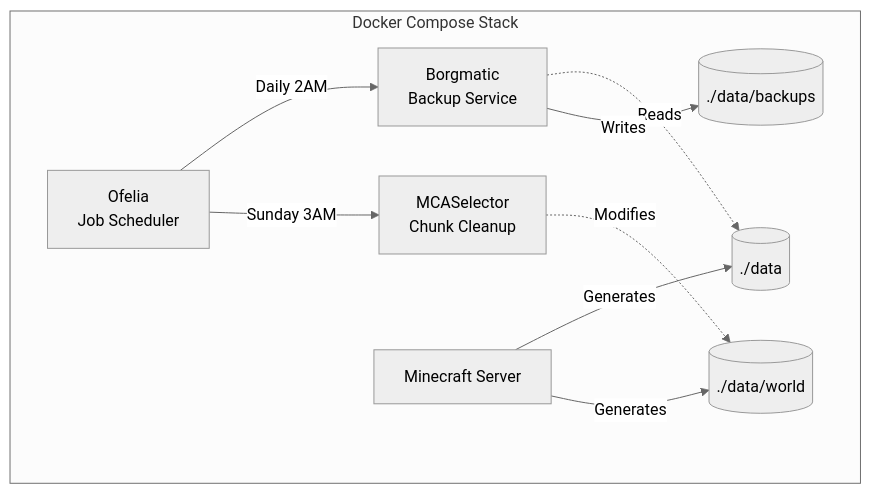
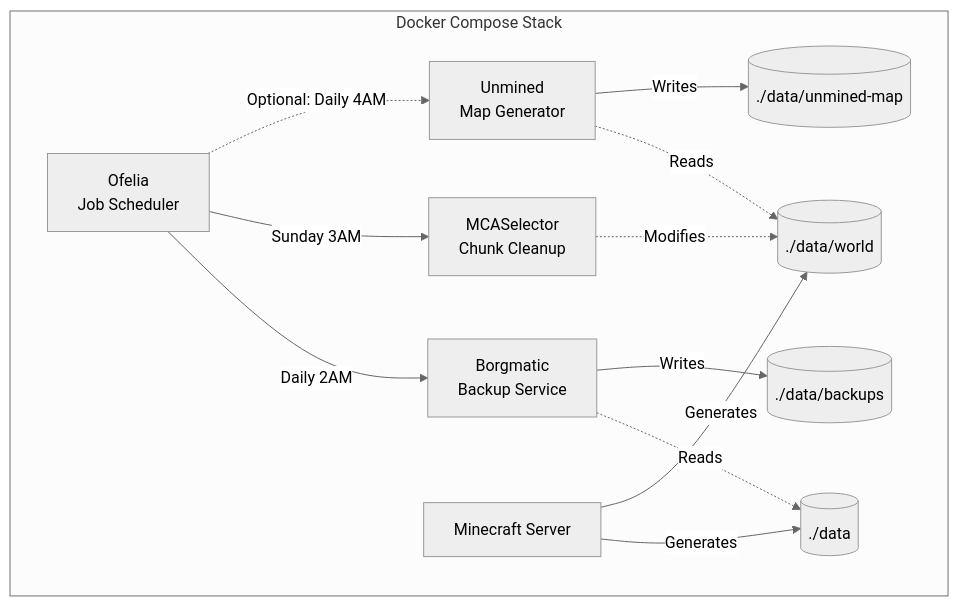
One commit to AbbyNode/minecraft-modpack-docker changed the diagram in docs/ARCHITECTURE.md. Above: the diagram before and after it, drawn with Mermaid (neutral theme). The commit also changed other lines of this file and 2 other files, not shown here.

Commit message:
Update documentation for Unmined module and finalize implementation

````diff
--- a/docs/ARCHITECTURE.md
+++ b/docs/ARCHITECTURE.md
@@ -5,19 +5,23 @@
 ```mermaid
 graph TB
     subgraph "Docker Compose Stack"
         Ofelia[Ofelia<br/>Job Scheduler]
         Borgmatic[Borgmatic<br/>Backup Service]
         MCASelector[MCASelector<br/>Chunk Cleanup]
+        Unmined[Unmined<br/>Map Generator]
         Minecraft[Minecraft Server]
         
         Ofelia -->|Daily 2AM| Borgmatic
         Ofelia -->|Sunday 3AM| MCASelector
+        Ofelia -.->|Optional: Daily 4AM| Unmined
         
         Borgmatic -.->|Reads| Data[(./data)]
         MCASelector -.->|Modifies| World[(./data/world)]
+        Unmined -.->|Reads| World
         Minecraft -->|Generates| Data
         Minecraft -->|Generates| World
         
         Borgmatic -->|Writes| Backups[(./data/backups)]
+        Unmined -->|Writes| Maps[(./data/unmined-map)]
     end
 ```
````
